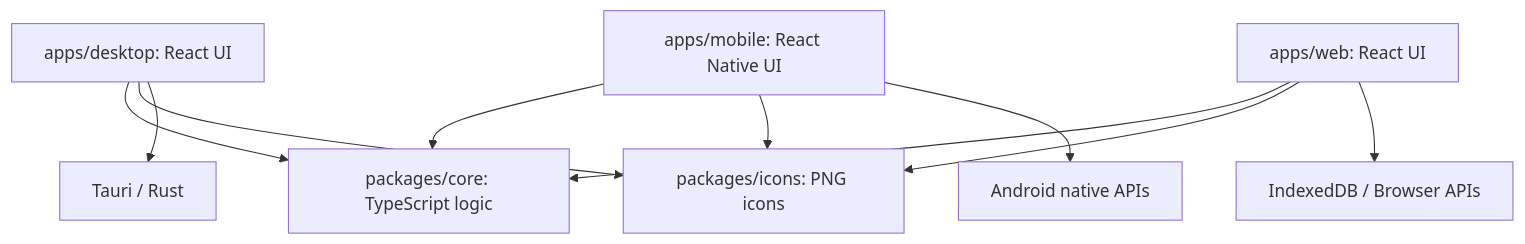
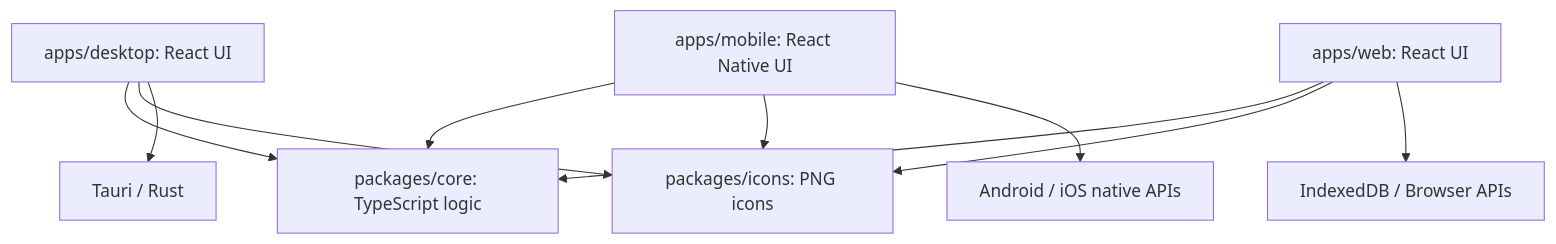
The diagram in docs/architecture.md (OsawaKousei/prelis), drawn with Mermaid before and after one commit. The commit also changed other lines of this file and 33 other files, not shown here.

````diff
--- a/docs/architecture.md
+++ b/docs/architecture.md
@@ -44,12 +44,12 @@
 ```mermaid
 flowchart TD
   Desktop[apps/desktop: React UI] --> Core[packages/core: TypeScript logic]
   Mobile[apps/mobile: React Native UI] --> Core
   Web[apps/web: React UI] --> Core
   Desktop --> Icons[packages/icons: PNG icons]
   Mobile --> Icons
   Web --> Icons
   Desktop --> Tauri[Tauri / Rust]
-  Mobile --> Native[Android native APIs]
+  Mobile --> Native[Android / iOS native APIs]
   Web --> Browser[IndexedDB / Browser APIs]
 ```
````
